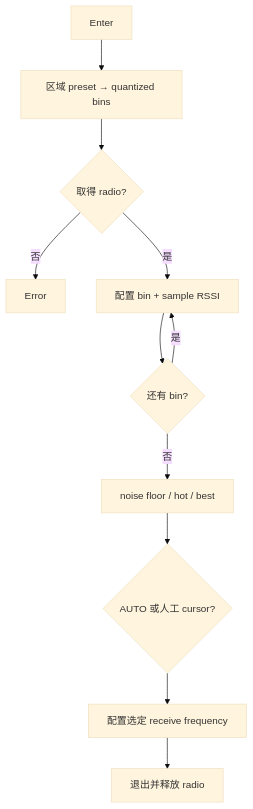
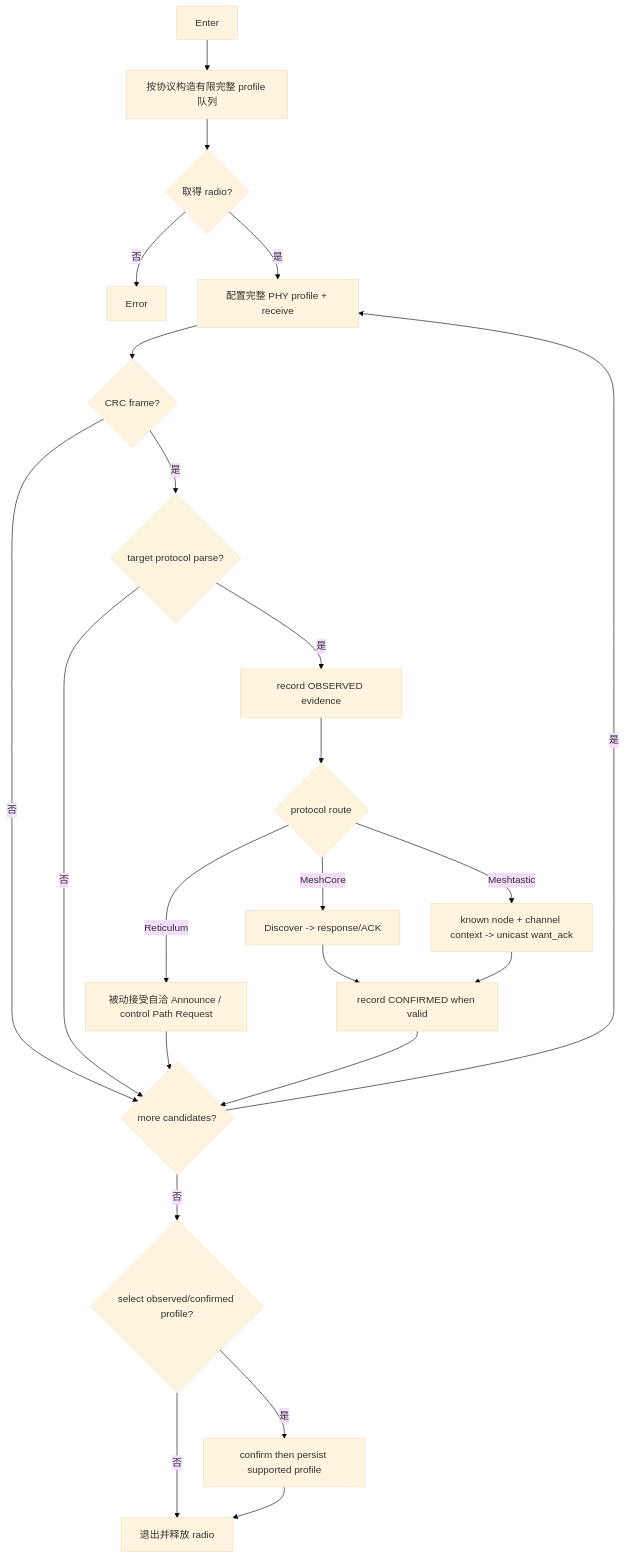
One commit to manmuqingshan/trail-mate changed the diagram in docs/design/use-case-diagrams/survey-radio-spectrum/activity.md. Above: the diagram before and after it, drawn with Mermaid (base theme). The commit also changed other lines of this file and 57 other files, not shown here.

Commit message:
feat(radio): add protocol probe

````diff
--- a/docs/design/use-case-diagrams/survey-radio-spectrum/activity.md
+++ b/docs/design/use-case-diagrams/survey-radio-spectrum/activity.md
@@ -2,13 +2,25 @@
 ```mermaid
 flowchart TD
-  Enter --> Plan["区域 preset → quantized bins"]
+  Enter --> Plan["按协议构造有限完整 profile 队列"]
   Plan --> Acquire{"取得 radio?"}
   Acquire -- 否 --> Error
-  Acquire -- 是 --> Scan["配置 bin + sample RSSI"]
-  Scan --> More{"还有 bin?"}
-  More -- 是 --> Scan
-  More -- 否 --> Analyze["noise floor / hot / best"]
-  Analyze --> Choice{"AUTO 或人工 cursor?"}
-  Choice --> Apply["配置选定 receive frequency"]
+  Acquire -- 是 --> Receive["配置完整 PHY profile + receive"]
+  Receive --> Frame{"CRC frame?"}
+  Frame -- 否 --> More
+  Frame -- 是 --> Parse{"target protocol parse?"}
+  Parse -- 否 --> More
+  Parse -- 是 --> Observe["record OBSERVED evidence"]
+  Observe --> Route{"protocol route"}
+  Route -- MeshCore --> Mc["Discover -> response/ACK"]
+  Route -- Meshtastic --> Mt["known node + channel context -> unicast want_ack"]
+  Route -- Reticulum --> Rt["被动接受自洽 Announce / control Path Request"]
+  Mc --> Confirm["record CONFIRMED when valid"]
+  Mt --> Confirm
+  Rt --> More
+  Confirm --> More{"more candidates?"}
+  More -- 是 --> Receive
+  More -- 否 --> Choice{"select observed/confirmed profile?"}
+  Choice -- 是 --> Apply["confirm then persist supported profile"]
+  Choice -- 否 --> Release["stop and release radio"]
   Apply --> Release["退出并释放 radio"]
 ```
````
